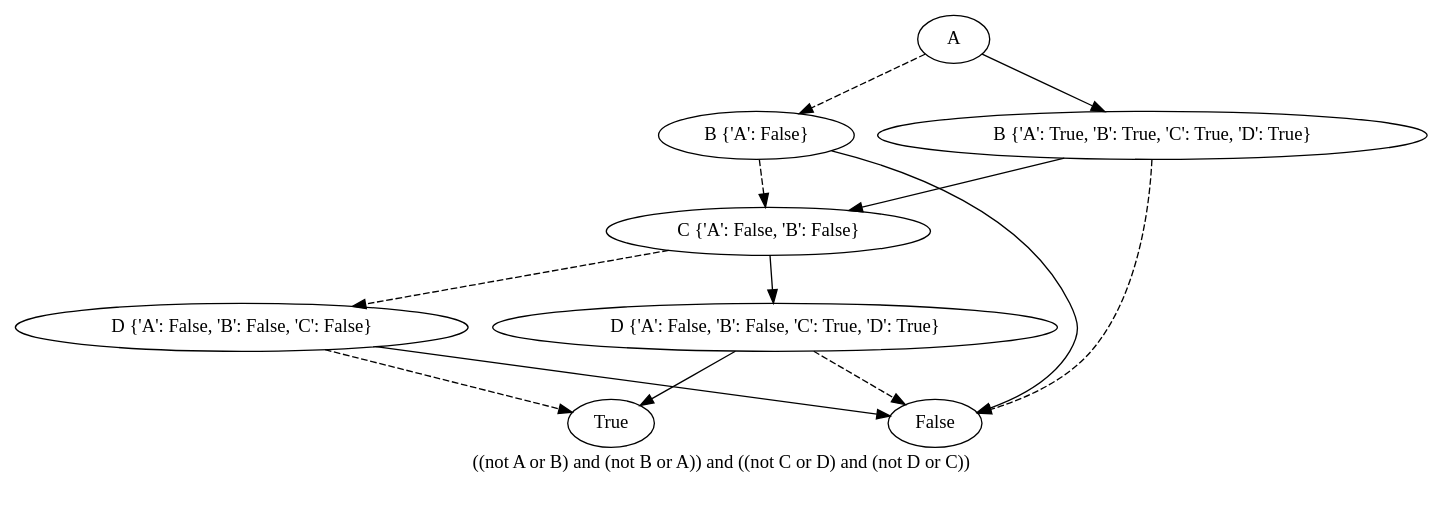
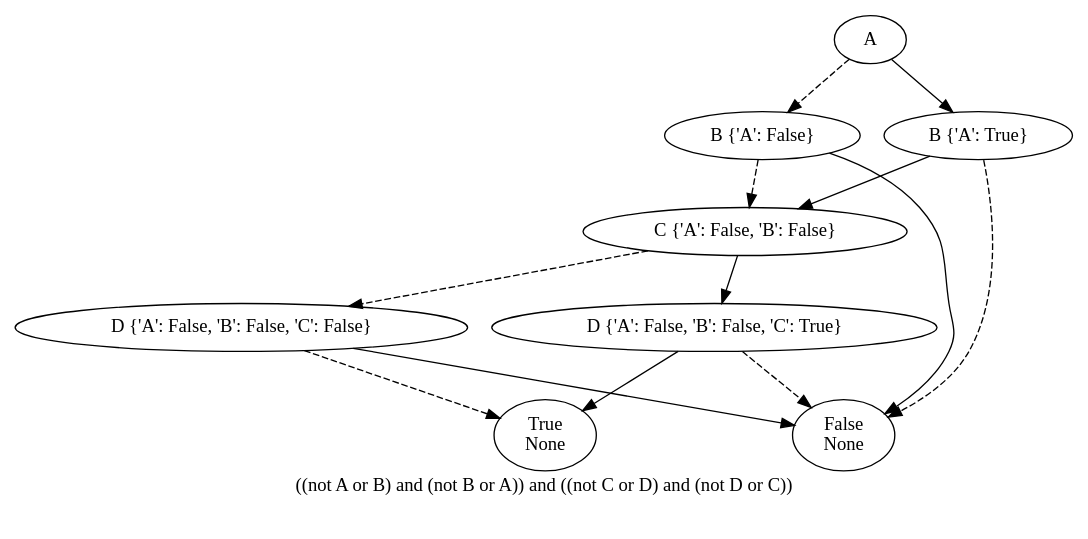
The diagram in BDD/out/reduced_out.dot (O1ez/IncreasingResilienceOfAutomatedVehicles), drawn with Graphviz before and after one commit. The commit also changed 2 other files, not shown here.

```diff
--- a/BDD/out/reduced_out.dot
+++ b/BDD/out/reduced_out.dot
@@ -1,27 +1,33 @@
 digraph{
 label="((not A or B) and (not B or A)) and ((not C or D) and (not D or C))\n\n"
-2768560587600[label=A]2768560587664[label="B {'A': False}"]
-2768560587600 -> 2768560587664[style=dashed]
-2768560587728[label="C {'A': False, 'B': False}"]
-2768560587664 -> 2768560587728[style=dashed]
-2768560587792[label="D {'A': False, 'B': False, 'C': False}"]
-2768560587728 -> 2768560587792[style=dashed]
-2768560587472[label=True]
-2768560587792 -> 2768560587472[style=dashed]
-2768560671056[label=False]
-2768560587792 -> 2768560671056
-2768560588880[label="D {'A': False, 'B': False, 'C': True, 'D': True}"]
-2768560587728 -> 2768560588880
-2768560671056[label=False]
-2768560588880 -> 2768560671056[style=dashed]
-2768560587472[label=True]
-2768560588880 -> 2768560587472
-2768560671056[label=False]
-2768560587664 -> 2768560671056
-2768560711120[label="B {'A': True, 'B': True, 'C': True, 'D': True}"]
-2768560587600 -> 2768560711120
-2768560671056[label=False]
-2768560711120 -> 2768560671056[style=dashed]
-2768560587728[label="C {'A': False, 'B': False}"]
-2768560711120 -> 2768560587728
+2412792856336[label=A]2412792856400[label="B {'A': False}"]
+2412792856336 -> 2412792856400[style=dashed]
+2412792856464[label="C {'A': False, 'B': False}"]
+2412792856400 -> 2412792856464[style=dashed]
+2412792971344[label="D {'A': False, 'B': False, 'C': False}"]
+2412792856464 -> 2412792971344[style=dashed]
+2412792856208[label="True
+None"]
+2412792971344 -> 2412792856208[style=dashed]
+2412792843408[label="False
+None"]
+2412792971344 -> 2412792843408
+2412792973264[label="D {'A': False, 'B': False, 'C': True}"]
+2412792856464 -> 2412792973264
+2412792843408[label="False
+None"]
+2412792973264 -> 2412792843408[style=dashed]
+2412792856208[label="True
+None"]
+2412792973264 -> 2412792856208
+2412792843408[label="False
+None"]
+2412792856400 -> 2412792843408
+2412793111248[label="B {'A': True}"]
+2412792856336 -> 2412793111248
+2412792843408[label="False
+None"]
+2412793111248 -> 2412792843408[style=dashed]
+2412792856464[label="C {'A': False, 'B': False}"]
+2412793111248 -> 2412792856464
 }
```
